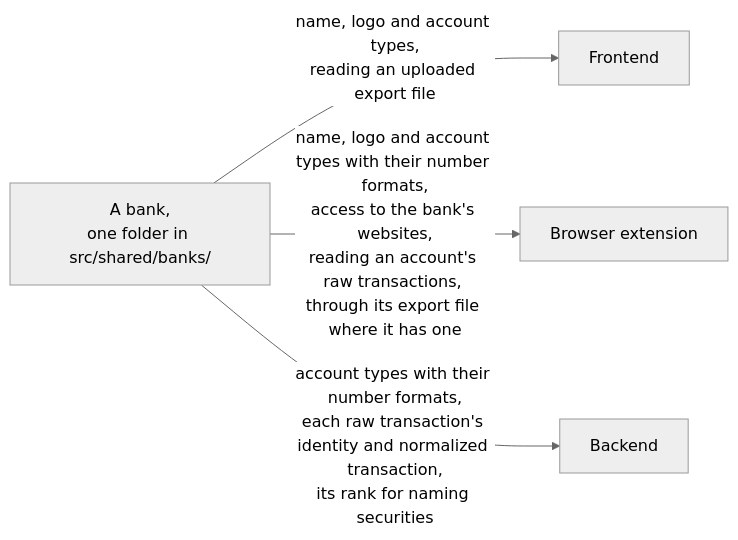
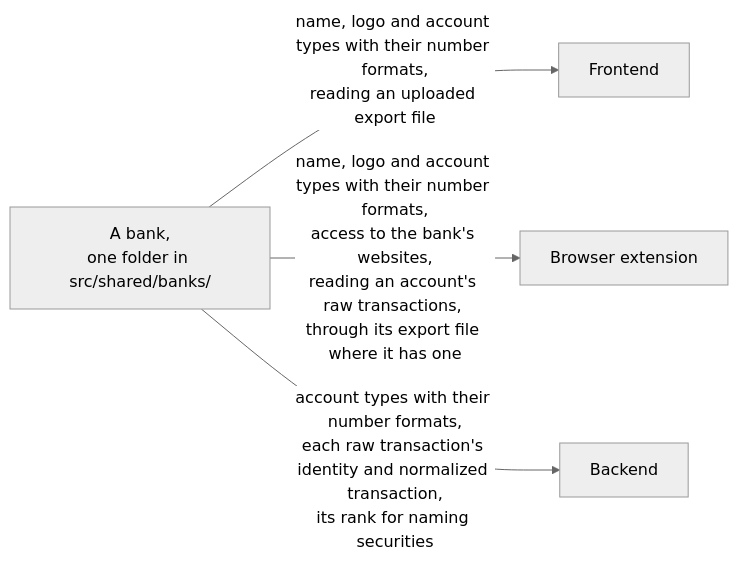
One commit to lennartmoeller/finance-tracker changed the diagram in docs/contract/banks.md. Above: the diagram before and after it, drawn with Mermaid (neutral theme). The commit also changed 56 other files, not shown here.

````diff
--- a/docs/contract/banks.md
+++ b/docs/contract/banks.md
@@ -3,10 +3,10 @@
 ```mermaid
 flowchart LR
   bank["A bank,<br/>one folder in src/shared/banks/"]
   frontend["Frontend"]
   extension["Browser extension"]
   backend["Backend"]
-  bank -- "name, logo and account types,<br/>reading an uploaded export file" --> frontend
+  bank -- "name, logo and account types with their number formats,<br/>reading an uploaded export file" --> frontend
   bank -- "name, logo and account types with their number formats,<br/>access to the bank's websites,<br/>reading an account's raw transactions, through its export file where it has one" --> extension
   bank -- "account types with their number formats,<br/>each raw transaction's identity and normalized transaction,<br/>its rank for naming securities" --> backend
 ```
````
